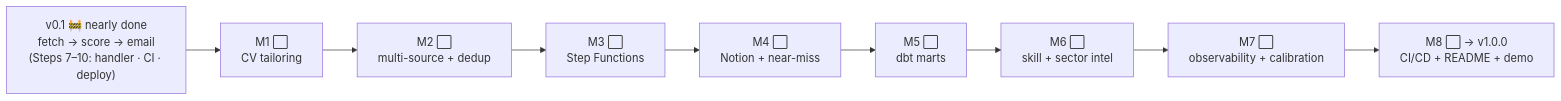
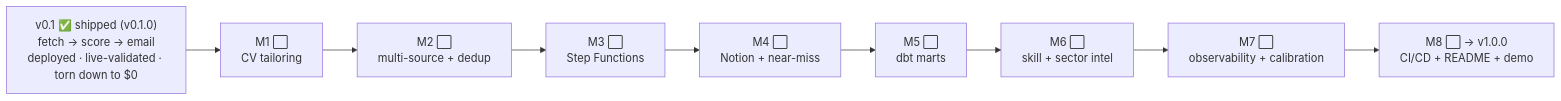
The third of 5 diagrams in docs/diagrams.md (tarigelamin1997/jobfetcher), drawn with Mermaid before and after one commit. The commit also changed other lines of this file and 5 other files, not shown here.

First line of the commit message:
docs(v0.1.0): release notes + milestone capture (deploy, live validation, Data-API fixes)

````diff
--- a/docs/diagrams.md
+++ b/docs/diagrams.md
@@ -131,11 +131,11 @@
 ```mermaid
 flowchart LR
-  v0["v0.1 🚧 nearly done<br/>fetch → score → email<br/>(Steps 7–10: handler · CI · deploy)"] --> M1["M1 ⬜<br/>CV tailoring"]
+  v0["v0.1 ✅ shipped (v0.1.0)<br/>fetch → score → email<br/>deployed · live-validated · torn down to $0"] --> M1["M1 ⬜<br/>CV tailoring"]
   M1 --> M2["M2 ⬜<br/>multi-source + dedup"]
   M2 --> M3["M3 ⬜<br/>Step Functions"]
   M3 --> M4["M4 ⬜<br/>Notion + near-miss"]
   M4 --> M5["M5 ⬜<br/>dbt marts"]
   M5 --> M6["M6 ⬜<br/>skill + sector intel"]
   M6 --> M7["M7 ⬜<br/>observability + calibration"]
   M7 --> M8["M8 ⬜ → v1.0.0<br/>CI/CD + README + demo"]
 ```
````
